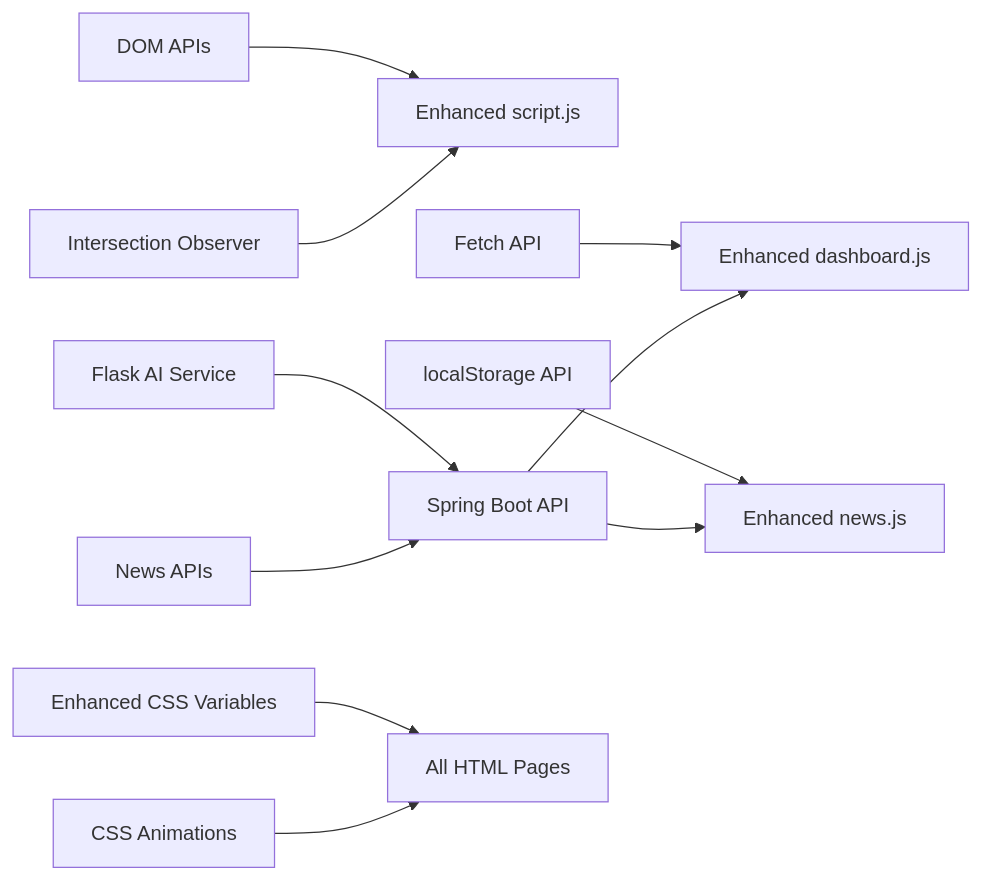
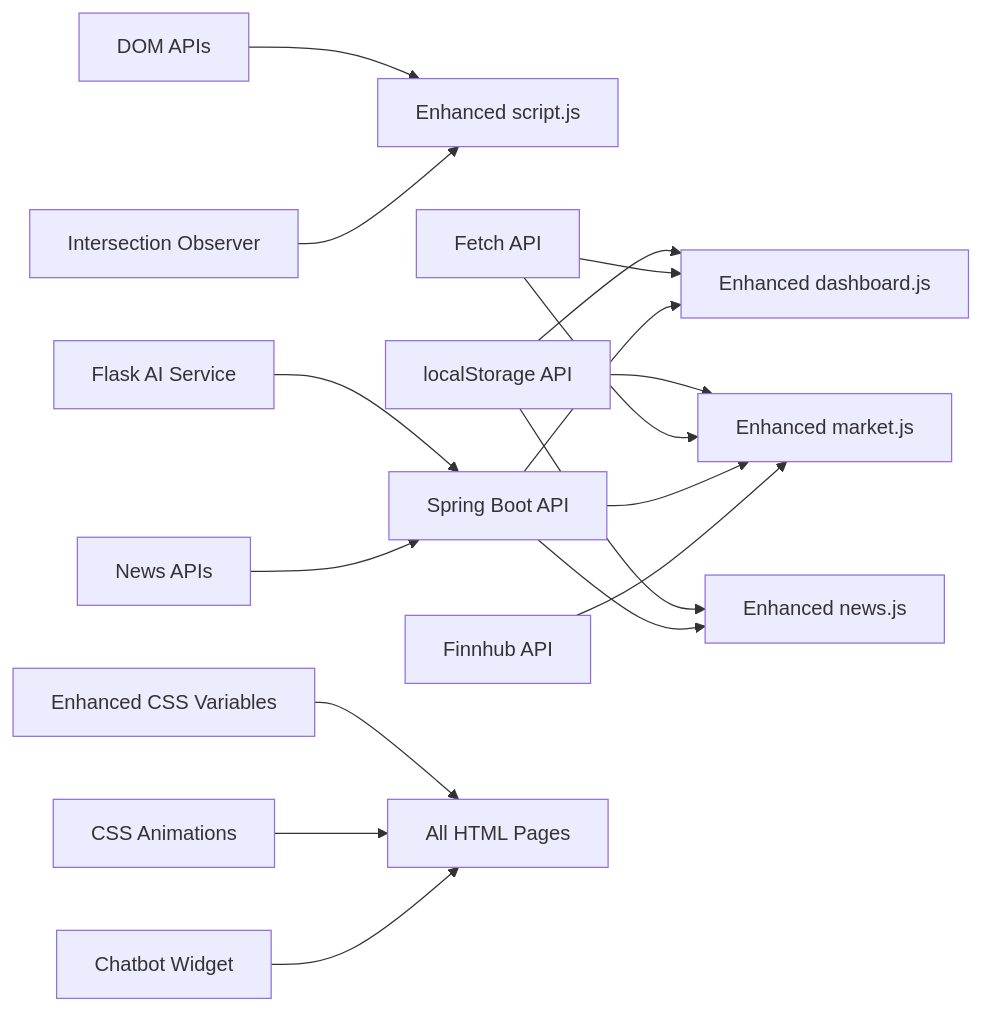
Before and after one commit to ayushtiwari1526/TheReinforcers_AyushTiwari: the seventh of 7 diagrams in .qoder/repowiki/en/content/JavaScript Implementation.md, drawn with Mermaid. The commit also changed other lines of this file and 15 other files, not shown here.

````diff
--- a/.qoder/repowiki/en/content/JavaScript Implementation.md
+++ b/.qoder/repowiki/en/content/JavaScript Implementation.md
@@ -305,13 +377,19 @@
 ```mermaid
 graph LR
 DOM["DOM APIs"] --> Script["Enhanced script.js"]
 LocalStorage["localStorage API"] --> NewsJS["Enhanced news.js"]
-Fetch["Fetch API"] --> DashboardJS["Enhanced dashboard.js"]
+LocalStorage --> MarketJS["Enhanced market.js"]
+LocalStorage --> DashboardJS["Enhanced dashboard.js"]
+Fetch["Fetch API"] --> DashboardJS
+Fetch --> MarketJS
 Backend["Spring Boot API"] --> DashboardJS
+Backend --> MarketJS
 Backend --> NewsJS
 Flask["Flask AI Service"] --> Backend
+Finnhub["Finnhub API"] --> MarketJS
 NewsAPI["News APIs"] --> Backend
 CSSVars["Enhanced CSS Variables"] --> AllPages["All HTML Pages"]
 Animations["CSS Animations"] --> AllPages
 IntersectionObserver["Intersection Observer"] --> Script
+Chatbot["Chatbot Widget"] --> AllPages
 ```
````
